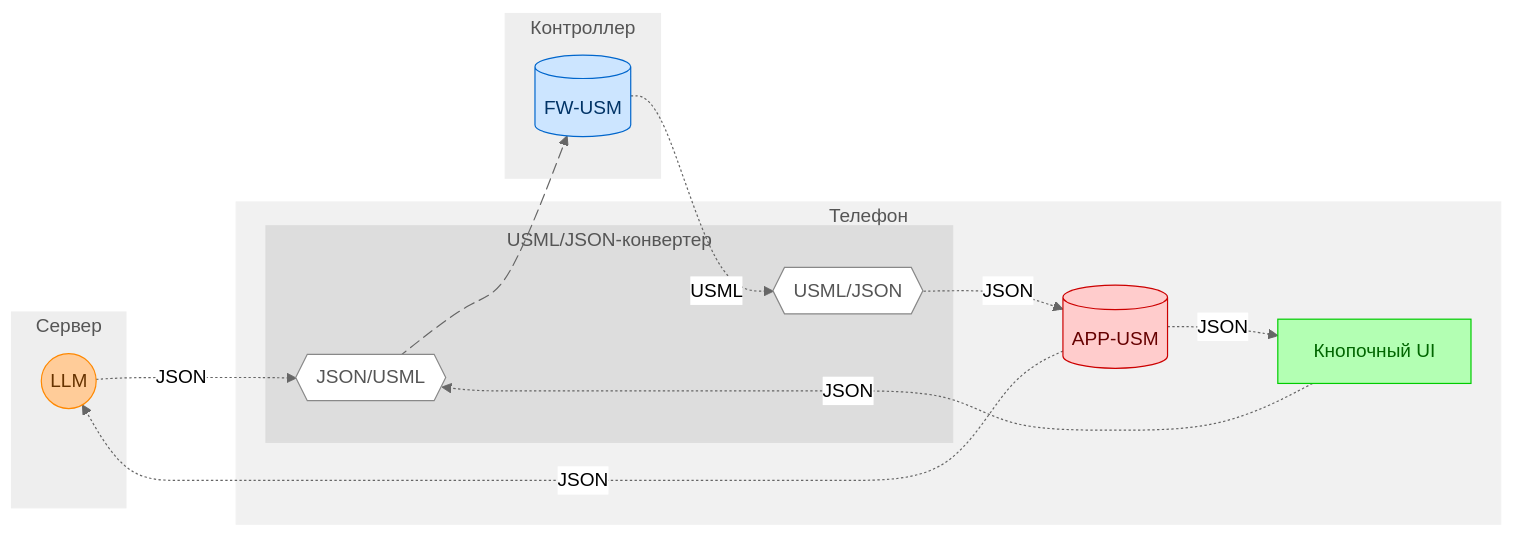
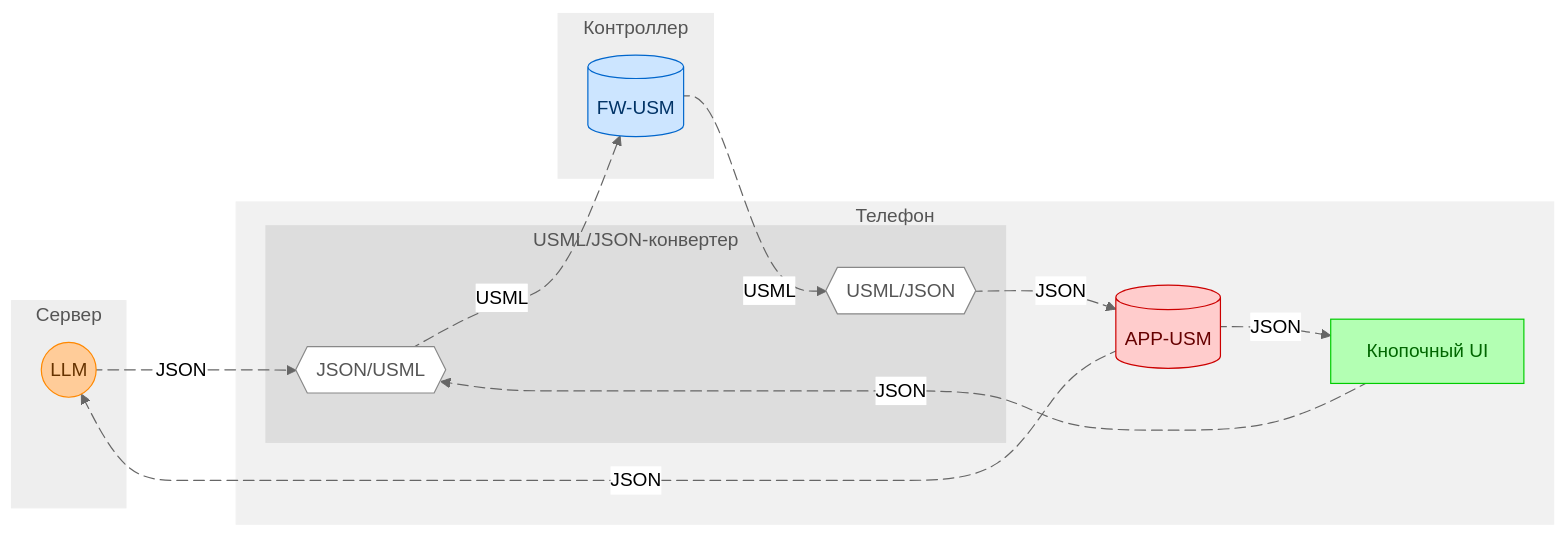
The diagram in PDS/SynapsePDS_USML.md (KhudyakovAlex/Synapse), drawn with Mermaid (neutral theme) before and after one commit. The commit also changed other lines of this file and 29 other files, not shown here.

Commit message:
Add edge animations to USML flowchart

````diff
--- a/PDS/SynapsePDS_USML.md
+++ b/PDS/SynapsePDS_USML.md
@@ -27,41 +27,47 @@
 ```mermaid
 flowchart LR
     subgraph Сервер
       LLM((LLM))
     end
 
     subgraph Телефон
       UI[Кнопочный UI]
       APPUSM[(APP-USM)]
 
       subgraph Конвертер["USML/JSON-конвертер"]
         C-IN{{USML/JSON}}
         C-OUT{{JSON/USML}}
       end
     end
   
     subgraph Контроллер
       FWUSM[(FW-USM)]
     end
 
-    APPUSM -.JSON.-> UI
-    APPUSM -.JSON.-> LLM
-    LLM -.JSON.-> C-OUT
-    UI -.JSON.-> C-OUT
-    C-OUT e1@--> FWUSM
-    FWUSM -.USML.-> C-IN
-    C-IN -.JSON.-> APPUSM
+    APPUSM e1@-.JSON.-> UI
+    APPUSM e2@-.JSON.-> LLM
+    LLM e3@-.JSON.-> C-OUT
+    UI e4@-.JSON.-> C-OUT
+    C-OUT e5@-.USML.-> FWUSM
+    FWUSM e6@-.USML.-> C-IN
+    C-IN e7@-.JSON.-> APPUSM
 
     style Сервер fill:#eeeeee,stroke:#eeeeee,color:#555555
     style Конвертер fill:#dddddd,stroke:#dddddd,color:#555555
     style Телефон fill:#f1f1f1,stroke:#f1f1f1,color:#555555
     style Контроллер fill:#eeeeee,stroke:#eeeeee,color:#555555
     style LLM fill:#ffcc99,stroke:#ff8800,color:#663300
     style UI fill:#b3ffb3,stroke:#00cc00,color:#006600
     style APPUSM fill:#ffcccc,stroke:#cc0000,color:#660000
     style FWUSM fill:#cce5ff,stroke:#0066cc,color:#003366
     style C-IN fill:#ffffff,stroke:#888888,color:#555555
     style C-OUT fill:#ffffff,stroke:#888888,color:#555555
 
-    e1@{ animation: fast }
+    e1@{ animation: slow }
+    e2@{ animation: slow }
+    e3@{ animation: slow }
+    e4@{ animation: slow }
+    e5@{ animation: slow }
+    e6@{ animation: slow }
+    e7@{ animation: slow }
 ```
````
